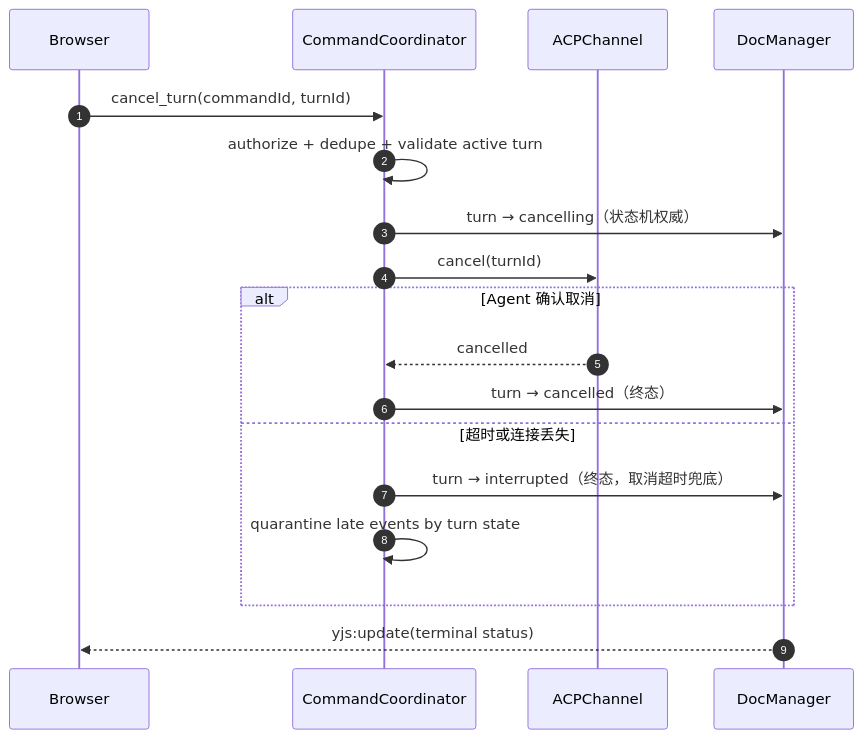
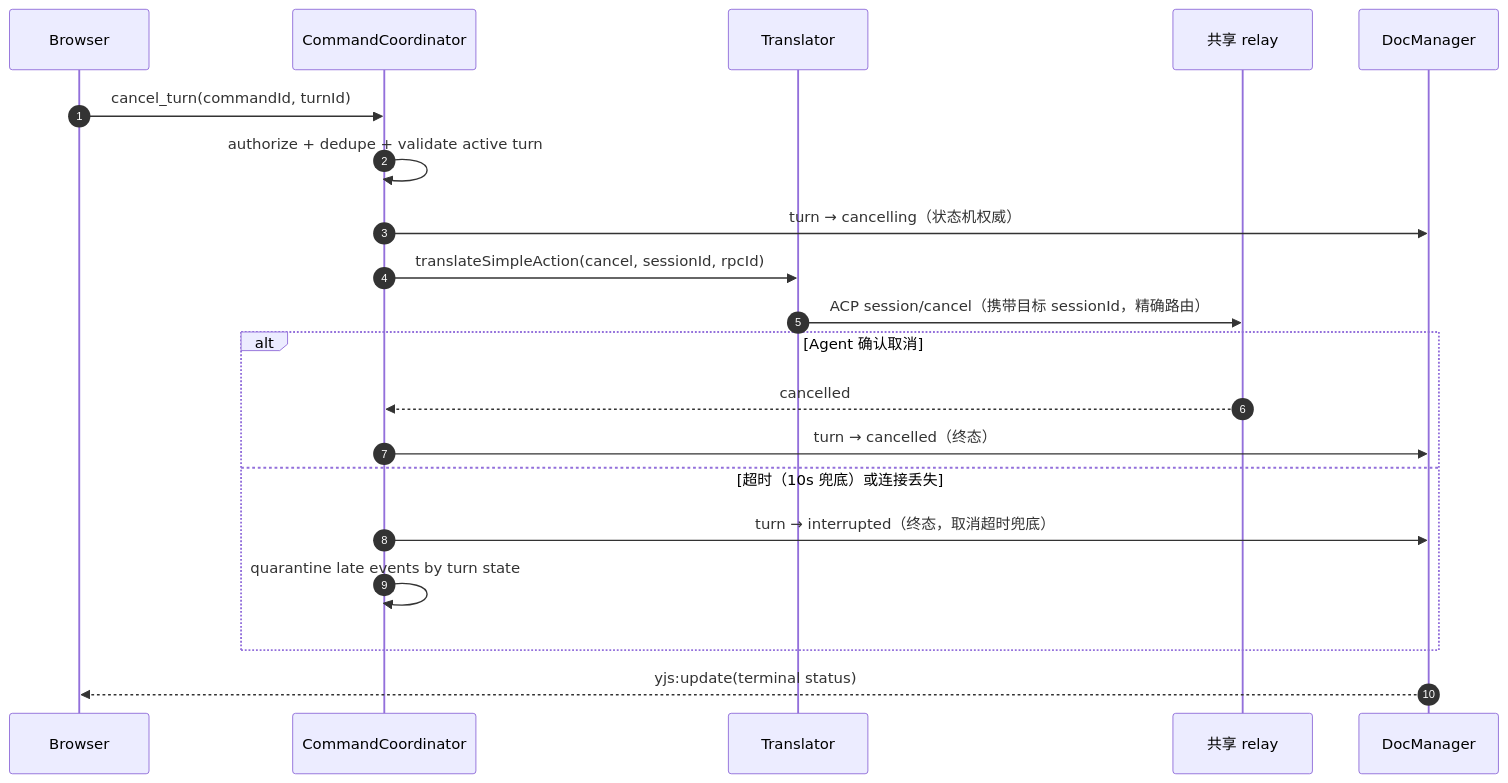
Before and after one commit to HuangPuStar/FenixAgent: the sixth of 10 diagrams in docs/arch/19-yjs-chat-streaming.md, drawn with Mermaid. The commit also changed other lines of this file and 2 other files, not shown here.

````diff
--- a/docs/arch/19-yjs-chat-streaming.md
+++ b/docs/arch/19-yjs-chat-streaming.md
@@ -319,21 +343,23 @@
 ```mermaid
 sequenceDiagram
     autonumber
     participant B as Browser
     participant CC as CommandCoordinator
-    participant ACP as ACPChannel
+    participant TR as Translator
+    participant RL as 共享 relay
     participant DM as DocManager
 
     B->>CC: cancel_turn(commandId, turnId)
     CC->>CC: authorize + dedupe + validate active turn
     CC->>DM: turn → cancelling（状态机权威）
-    CC->>ACP: cancel(turnId)
+    CC->>TR: translateSimpleAction(cancel, sessionId, rpcId)
+    TR->>RL: ACP session/cancel（携带目标 sessionId，精确路由）
     alt Agent 确认取消
-        ACP-->>CC: cancelled
+        RL-->>CC: cancelled
         CC->>DM: turn → cancelled（终态）
-    else 超时或连接丢失
+    else 超时（10s 兜底）或连接丢失
         CC->>DM: turn → interrupted（终态，取消超时兜底）
         CC->>CC: quarantine late events by turn state
     end
     DM-->>B: yjs:update(terminal status)
 ```
````
